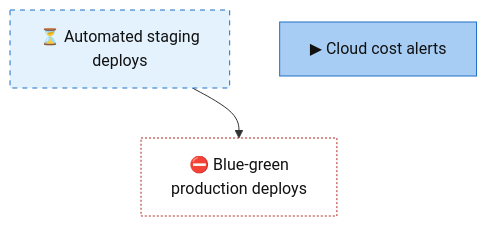
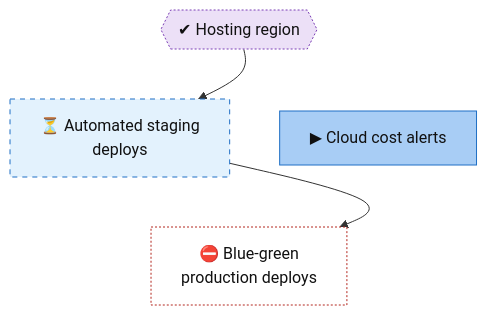
The diagram in skills/tech-tree/scripts/tests/clean/roadmap/tracks/ops.md (lhns/design-skills), drawn with Mermaid before and after one commit. The commit also changed 9 other files, not shown here.

````diff
--- a/skills/tech-tree/scripts/tests/clean/roadmap/tracks/ops.md
+++ b/skills/tech-tree/scripts/tests/clean/roadmap/tracks/ops.md
@@ -10,26 +10,31 @@
 ```mermaid
 flowchart TB
+    ops_region_choice{{"✔ Hosting region"}}
     ops_staging_deploy["⏳ Automated staging<br/>deploys"]
     ops_cost_alerts["▶ Cloud cost alerts"]
     ops_blue_green["⛔ Blue-green<br/>production deploys"]
+    ops_region_choice ~~~ ops_staging_deploy
+    ops_region_choice ~~~ ops_cost_alerts
     ops_staging_deploy ~~~ ops_blue_green
     ops_cost_alerts ~~~ ops_blue_green
+    ops_region_choice --> ops_staging_deploy
     ops_staging_deploy --> ops_blue_green
     classDef vsucc fill:#2e9e4f,stroke:#1b6b34,color:#fff
     classDef succ fill:#bfe8c8,stroke:#2e9e4f,color:#111
     classDef mixed fill:#ffd37a,stroke:#c98a00,color:#111
     classDef bad fill:#f28b82,stroke:#b3261e,color:#111
     classDef dead fill:#e6e6e6,stroke:#777,stroke-dasharray:5 5,color:#555
     classDef inprog fill:#a8cdf5,stroke:#1f6fc5,color:#111
     classDef next fill:#fff,stroke:#333,color:#111
     classDef blocked fill:#fff,stroke:#b3261e,stroke-dasharray:2 2,color:#111
     classDef parked fill:#f3f3f3,stroke:#999,color:#555
     classDef unrated fill:#fff,stroke:#333,stroke-dasharray:1 3,color:#111
     classDef gate fill:#d9c2f0,stroke:#7b3fb5,color:#111
     classDef decided fill:#ece0f7,stroke:#7b3fb5,stroke-dasharray:2 2,color:#111
     classDef finding fill:#ffe0b2,stroke:#d84315,stroke-width:2px,color:#111
     classDef waiting fill:#e3f2fd,stroke:#1f6fc5,stroke-dasharray:5 5,color:#111
+    class ops_region_choice decided
     class ops_staging_deploy waiting
     class ops_cost_alerts inprog
     class ops_blue_green blocked
 ```
````
